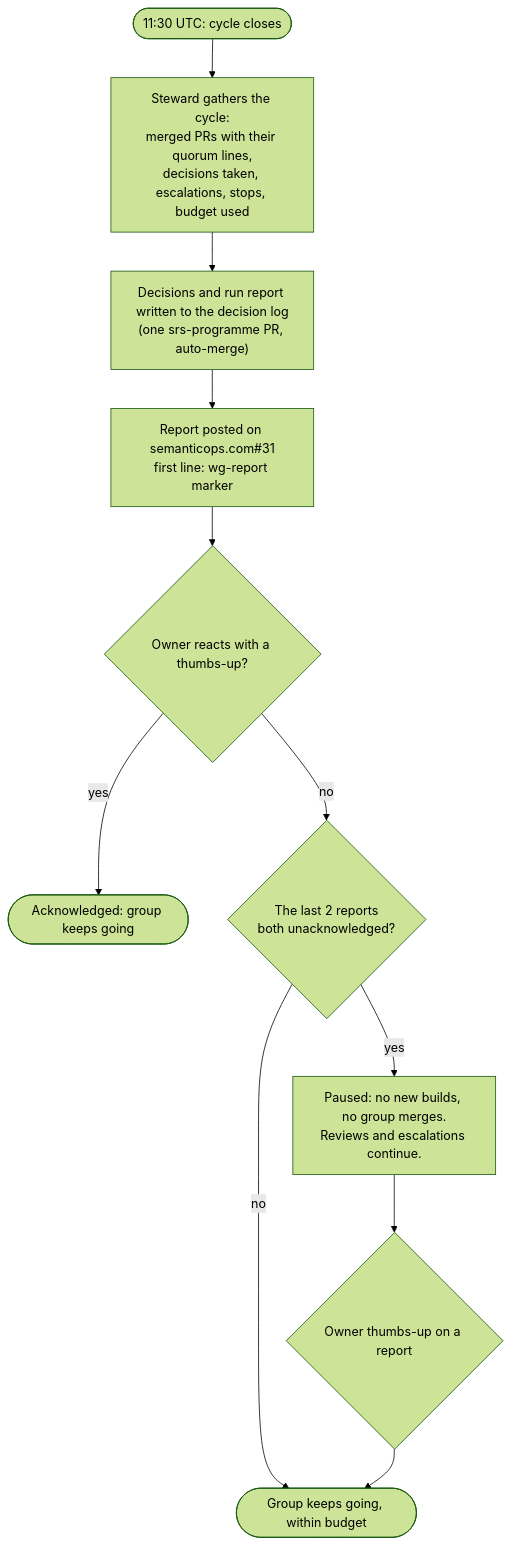
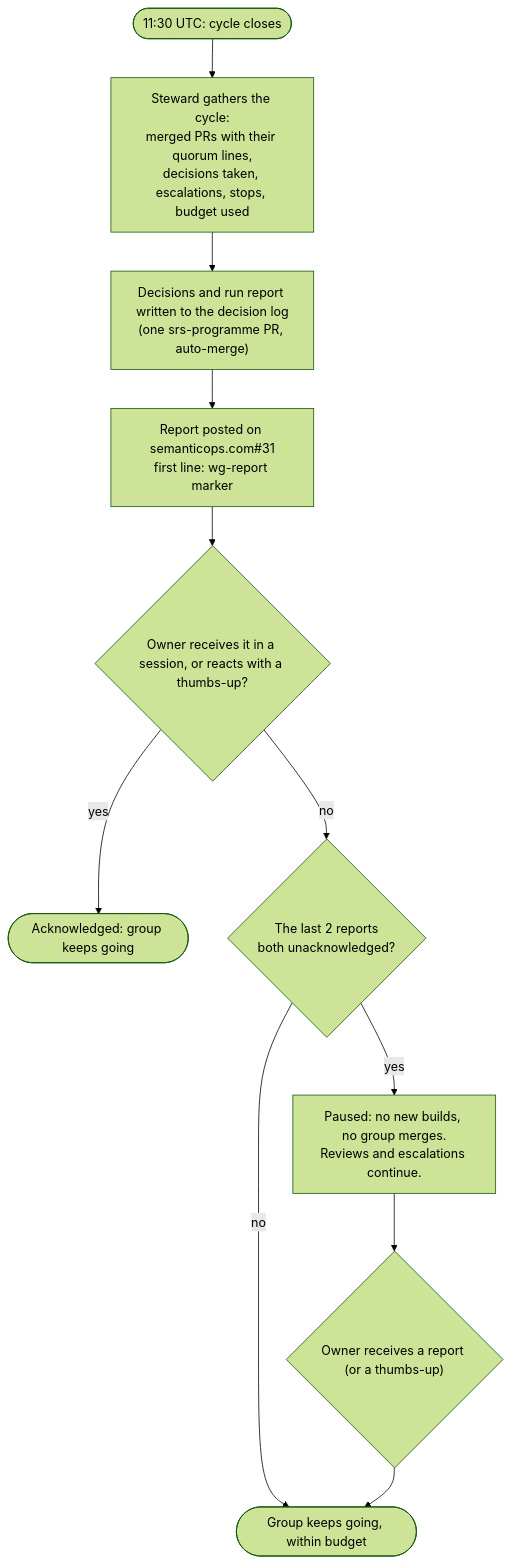
One commit to the-greenman/clerk changed the sixth of 7 diagrams in routines/working-groups.md. Above: the diagram before and after it, drawn with Mermaid (forest theme). The commit also changed 10 other files, not shown here.

First line of the commit message:
The pause rule counts a report a session receives, not only a thumbs-up (clerk#167)

````diff
--- a/routines/working-groups.md
+++ b/routines/working-groups.md
@@ -148,13 +148,13 @@
 ```mermaid
 flowchart TD
   C(["11:30 UTC: cycle closes"]) --> G["Steward gathers the cycle:<br/>merged PRs with their quorum lines,<br/>decisions taken, escalations, stops, budget used"]
   G --> D["Decisions and run report written to the decision log<br/>(one srs-programme PR, auto-merge)"]
   D --> P["Report posted on semanticops.com#31<br/>first line: wg-report marker"]
-  P --> A{"Owner reacts with a thumbs-up?"}
+  P --> A{"Owner receives it in a session, or reacts with a thumbs-up?"}
   A -->|yes| OK(["Acknowledged: group keeps going"])
   A -->|no| K{"The last 2 reports<br/>both unacknowledged?"}
   K -->|no| GO(["Group keeps going, within budget"])
   K -->|yes| PS["Paused: no new builds, no group merges.<br/>Reviews and escalations continue."]
-  PS --> A2{"Owner thumbs-up on a report"}
+  PS --> A2{"Owner receives a report (or a thumbs-up)"}
   A2 --> GO
 ```
````
